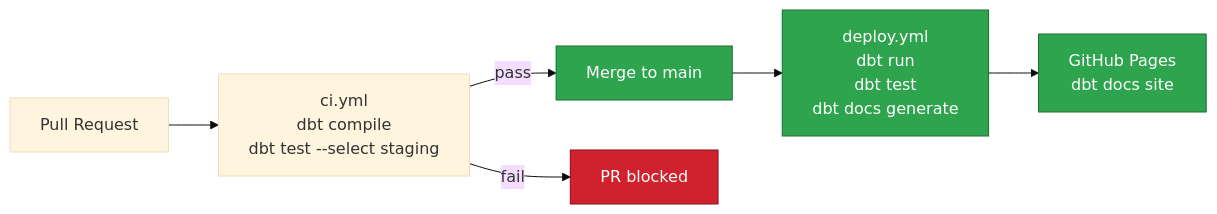
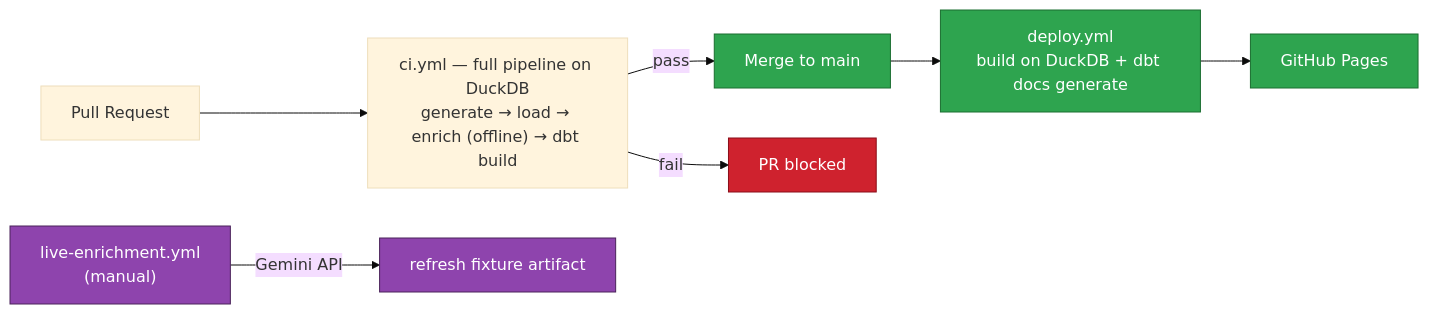
One commit to Rodrigo-Rosillo/marketing-analytics-pipeline changed the third of 3 diagrams in DATA_FLOW.md. Above: the diagram before and after it, drawn with Mermaid (base theme). The commit also changed other lines of this file and 20 other files, not shown here.

````diff
--- a/DATA_FLOW.md
+++ b/DATA_FLOW.md
@@ -130,14 +125,18 @@
 ```mermaid
 flowchart LR
-    PR[Pull Request] --> CI["ci.yml<br/>dbt compile<br/>dbt test --select staging"]
+    PR[Pull Request] --> CI["ci.yml — full pipeline on DuckDB<br/>generate → load → enrich (offline) → dbt build"]
     CI -->|pass| MERGE[Merge to main]
     CI -->|fail| BLOCK[PR blocked]
 
-    MERGE --> DEPLOY["deploy.yml<br/>dbt run<br/>dbt test<br/>dbt docs generate"]
-    DEPLOY --> PAGES[GitHub Pages<br/>dbt docs site]
+    MERGE --> DEPLOY["deploy.yml<br/>build on DuckDB + dbt docs generate"]
+    DEPLOY --> PAGES[GitHub Pages]
+
+    DISP["live-enrichment.yml<br/>(manual)"] -->|Gemini API| FIX[refresh fixture artifact]
 
     classDef pass fill:#2ea44f,stroke:#1a6e30,color:#fff
     classDef fail fill:#cf222e,stroke:#8a0d18,color:#fff
+    classDef manual fill:#8e44ad,stroke:#4a235a,color:#fff
     class MERGE,DEPLOY,PAGES pass
     class BLOCK fail
+    class DISP,FIX manual
 ```
````
